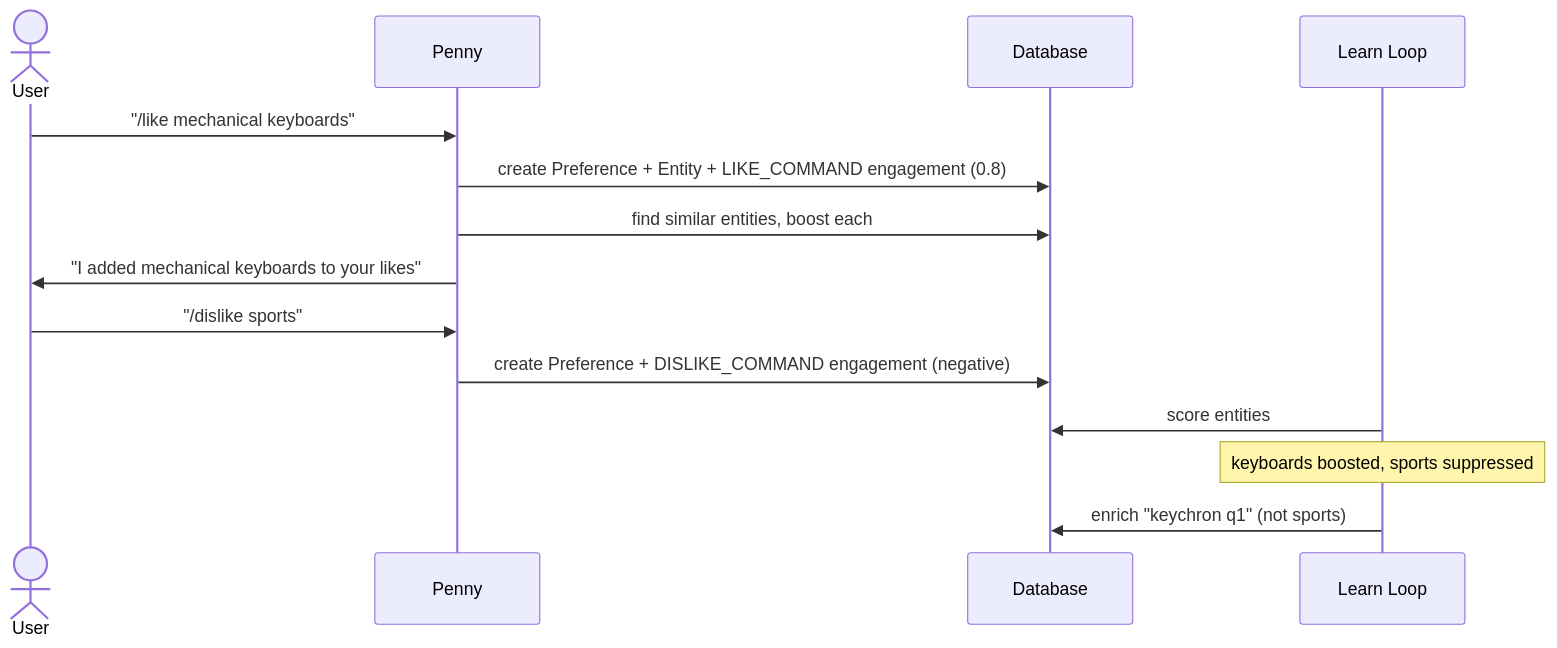
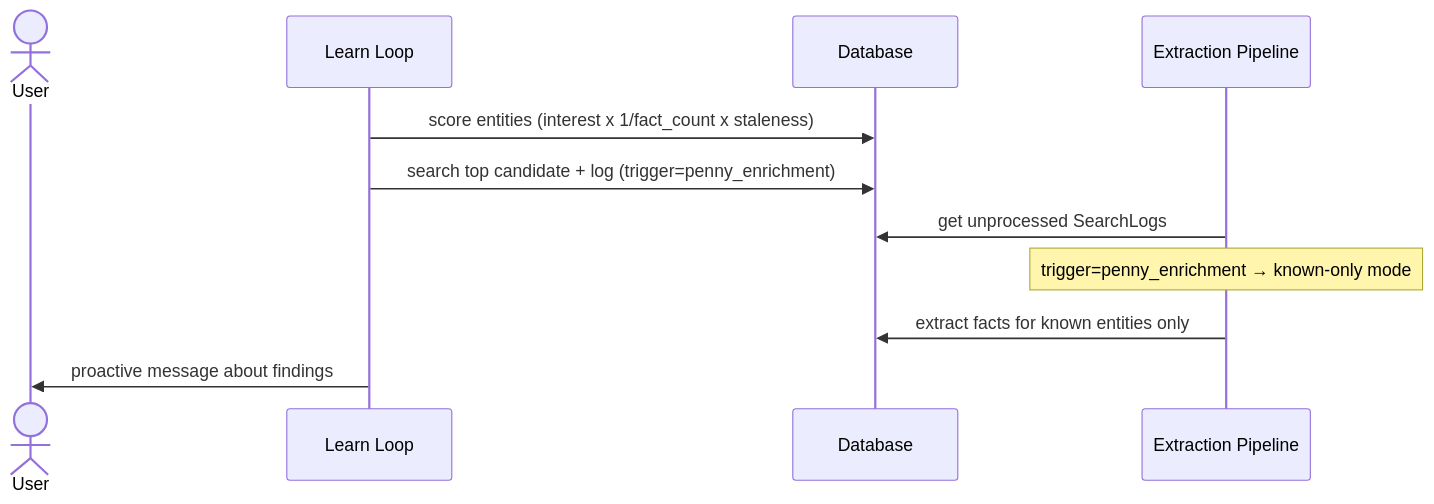
Before and after one commit to jaredlockhart/penny: the fourth of 6 diagrams in docs/knowledge-system-flows.md, drawn with Mermaid. The commit also changed other lines of this file, not shown here.

First line of the commit message:
docs: reorganize diagrams by system component

````diff
--- a/docs/knowledge-system-flows.md
+++ b/docs/knowledge-system-flows.md
@@ -126,19 +103,16 @@
 ```mermaid
 sequenceDiagram
     actor User
-    participant Penny
+    participant LL as Learn Loop
     participant DB as Database
-    participant LL as Learn Loop
+    participant Extract as Extraction Pipeline
 
-    User->>Penny: "/like mechanical keyboards"
-    Penny->>DB: create Preference + Entity + LIKE_COMMAND engagement (0.8)
-    Penny->>DB: find similar entities, boost each
-    Penny->>User: "I added mechanical keyboards to your likes"
+    LL->>DB: score entities (interest x 1/fact_count x staleness)
+    LL->>DB: search top candidate + log (trigger=penny_enrichment)
 
-    User->>Penny: "/dislike sports"
-    Penny->>DB: create Preference + DISLIKE_COMMAND engagement (negative)
+    Extract->>DB: get unprocessed SearchLogs
+    Note over Extract: trigger=penny_enrichment → known-only mode
+    Extract->>DB: extract facts for known entities only
 
-    LL->>DB: score entities
-    Note over LL: keyboards boosted, sports suppressed
-    LL->>DB: enrich "keychron q1" (not sports)
+    LL->>User: proactive message about findings
 ```
````
